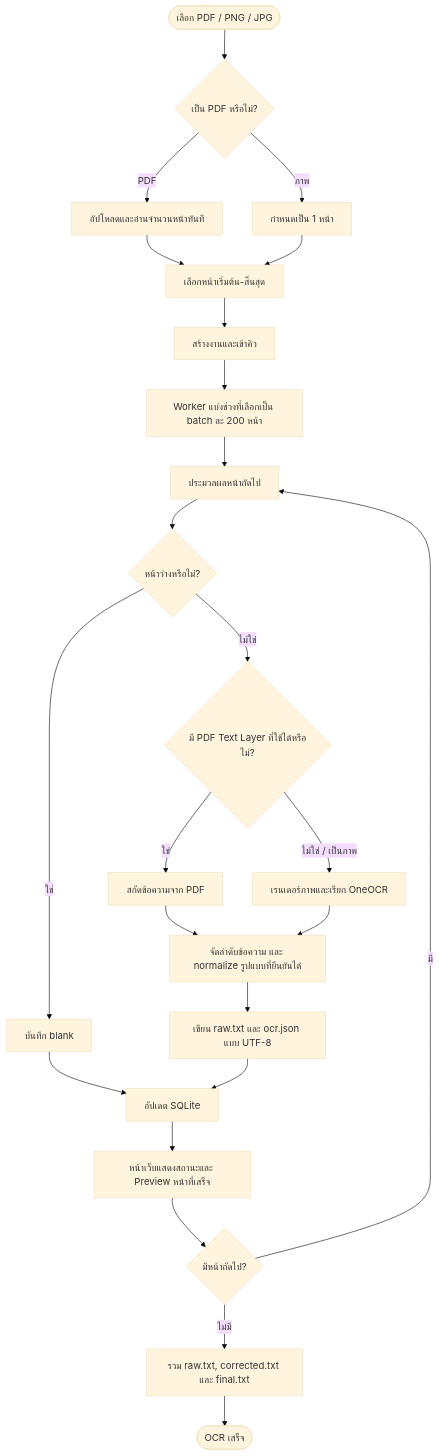
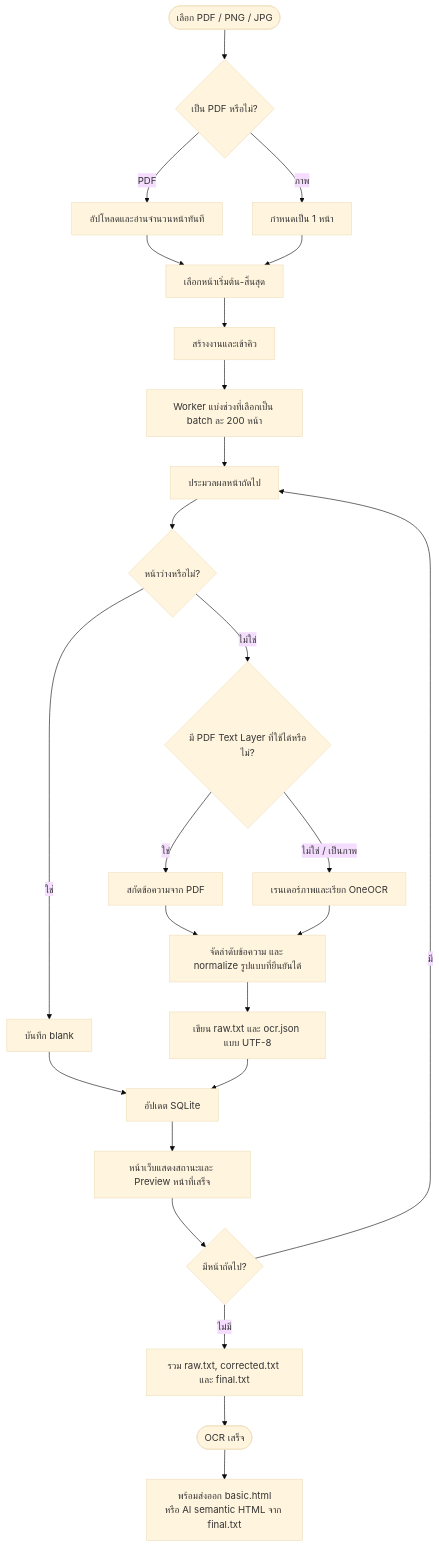
Before and after one commit to anuwatm/pdf-ocr-studio: the second of 5 diagrams in readme.md, drawn with Mermaid (base theme). The commit also changed other lines of this file and 9 other files, not shown here.

Commit message:
feat(phase7): update structured HTML export, offline font stack, and acceptance audit

````diff
--- a/readme.md
+++ b/readme.md
@@ -153,26 +166,27 @@
 ```mermaid
 flowchart TD
     Upload(["เลือก PDF / PNG / JPG"]) --> Pdf{"เป็น PDF หรือไม่?"}
     Pdf -->|PDF| Count["อัปโหลดและอ่านจำนวนหน้าทันที"]
     Pdf -->|ภาพ| ImageOne["กำหนดเป็น 1 หน้า"]
     Count --> Choose["เลือกหน้าเริ่มต้น-สิ้นสุด"]
     ImageOne --> Choose
     Choose --> Start["สร้างงานและเข้าคิว"]
     Start --> Batch["Worker แบ่งช่วงที่เลือกเป็น batch ละ 200 หน้า"]
     Batch --> Page["ประมวลผลหน้าถัดไป"]
     Page --> Blank{"หน้าว่างหรือไม่?"}
     Blank -->|ใช่| SaveBlank["บันทึก blank"]
     Blank -->|ไม่ใช่| Route{"มี PDF Text Layer ที่ใช้ได้หรือไม่?"}
     Route -->|ใช่| Extract["สกัดข้อความจาก PDF"]
     Route -->|ไม่ใช่ / เป็นภาพ| OCR["เรนเดอร์ภาพและเรียก OneOCR"]
     Extract --> Normalize["จัดลำดับข้อความ และ normalize รูปแบบที่ยืนยันได้"]
     OCR --> Normalize
     Normalize --> Save["เขียน raw.txt และ ocr.json แบบ UTF-8"]
     SaveBlank --> Update["อัปเดต SQLite"]
     Save --> Update
     Update --> Preview["หน้าเว็บแสดงสถานะและ Preview หน้าที่เสร็จ"]
     Preview --> More{"มีหน้าถัดไป?"}
     More -->|มี| Page
     More -->|ไม่มี| Assemble["รวม raw.txt, corrected.txt และ final.txt"]
     Assemble --> Finish(["OCR เสร็จ"])
+    Finish --> ExportReady["พร้อมส่งออก basic.html<br/>หรือ AI semantic HTML จาก final.txt"]
 ```
````
